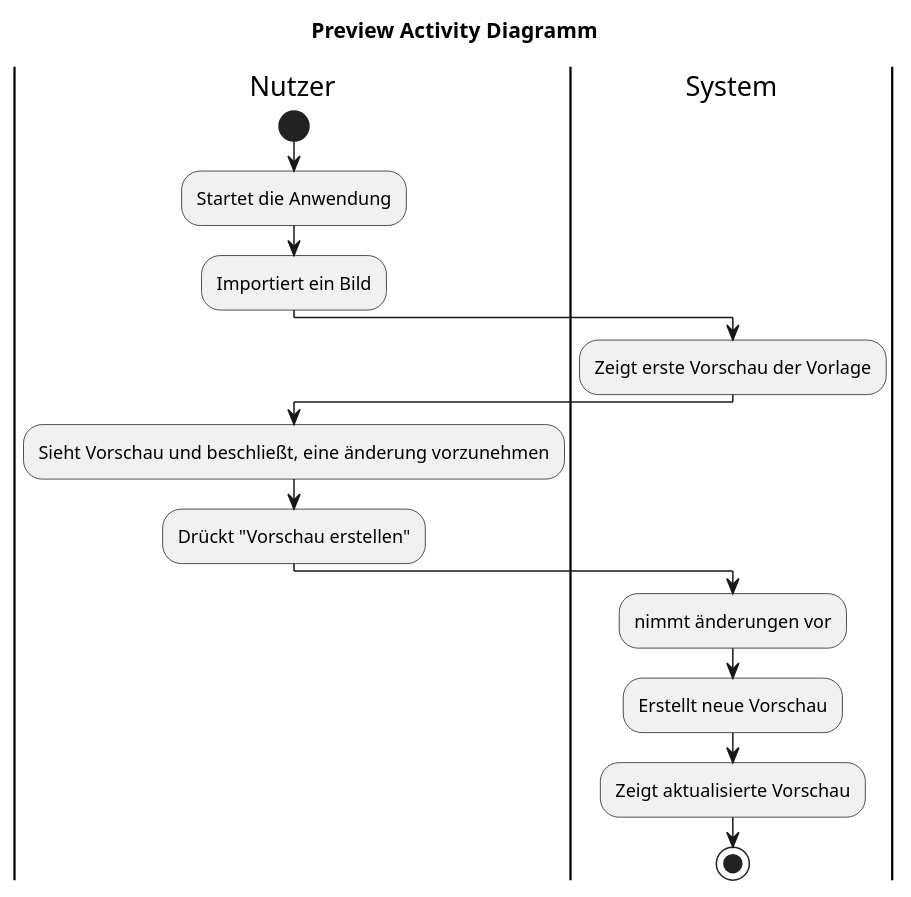
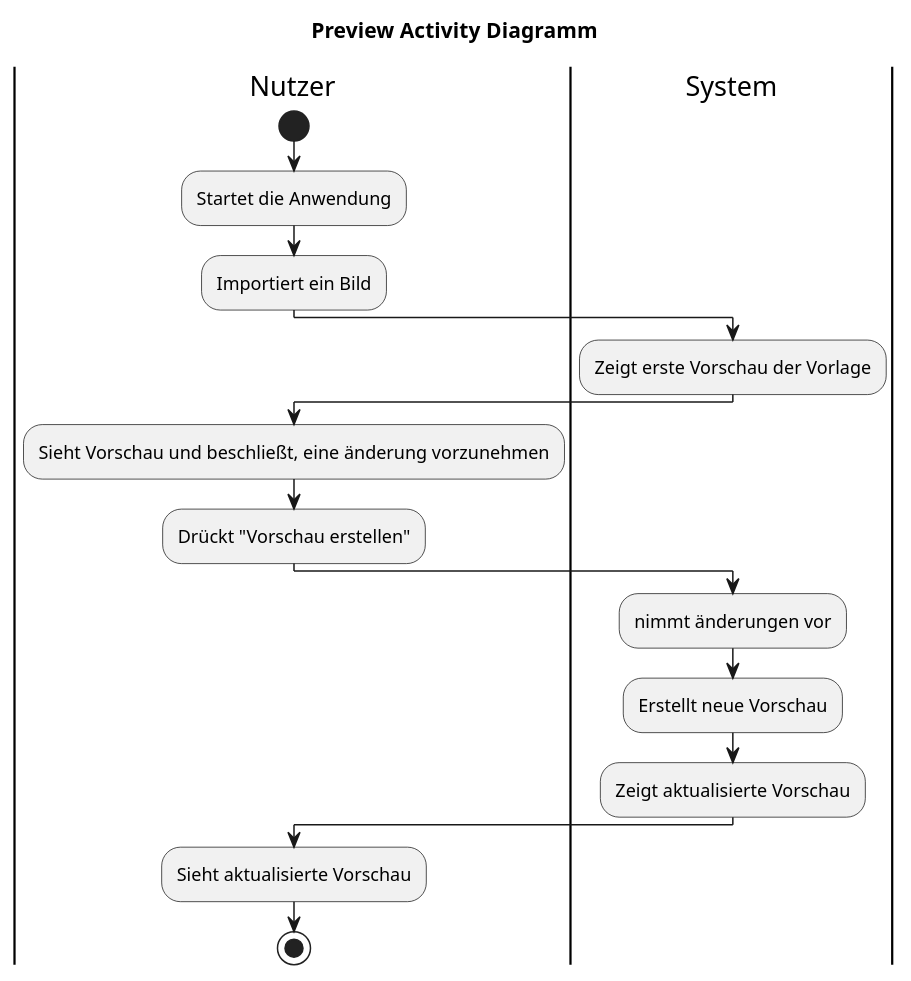
The diagram in ActivityDiaLayerAnpassen.puml (Karma-chocolate/SWE-Labor), drawn with PlantUML before and after one commit.

```diff
--- a/ActivityDiaLayerAnpassen.puml
+++ b/ActivityDiaLayerAnpassen.puml
@@ -1,22 +1,25 @@
 @startuml
 title Preview Activity Diagramm
 
 |Nutzer|
 start
 :Startet die Anwendung;
 :Importiert ein Bild;
 
 |System|
 :Zeigt erste Vorschau der Vorlage;
 
 |Nutzer|
 :Sieht Vorschau und beschließt, eine änderung vorzunehmen;
 :Drückt "Vorschau erstellen";
 
 |System|
 :nimmt änderungen vor;
 :Erstellt neue Vorschau;
 :Zeigt aktualisierte Vorschau;
+
+|Nutzer|
+:Sieht aktualisierte Vorschau;
 stop
 
 @enduml
```
